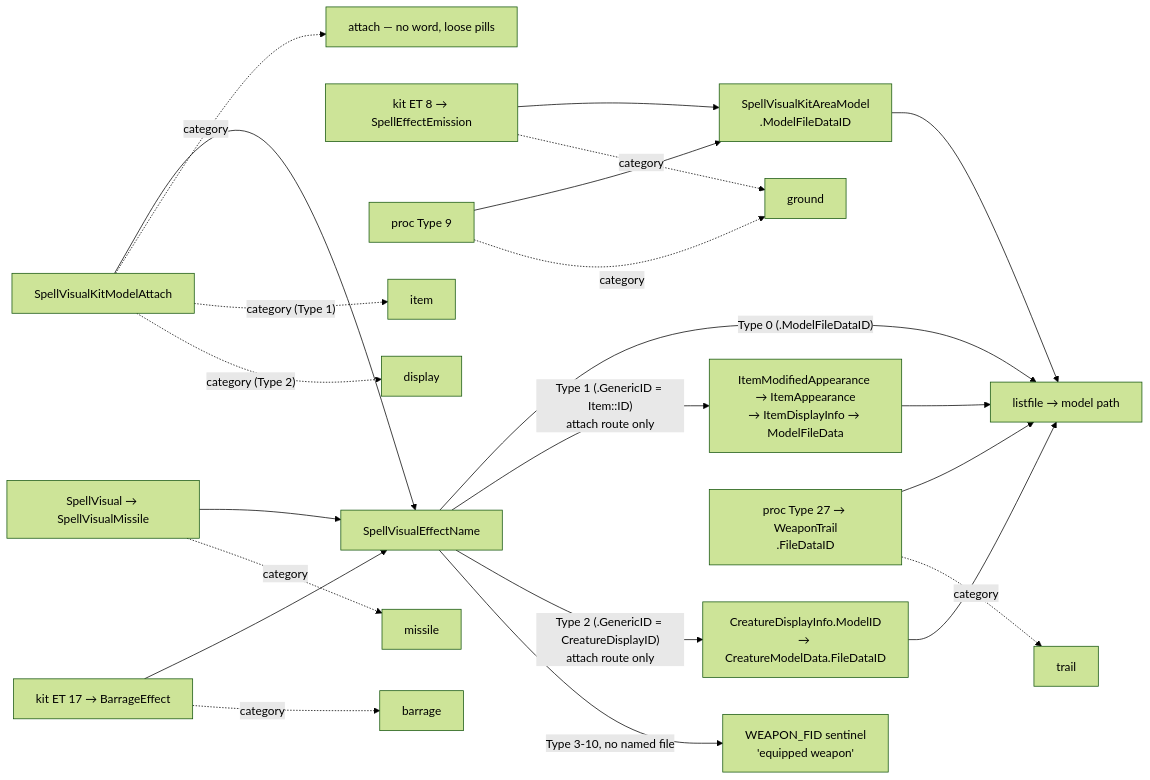
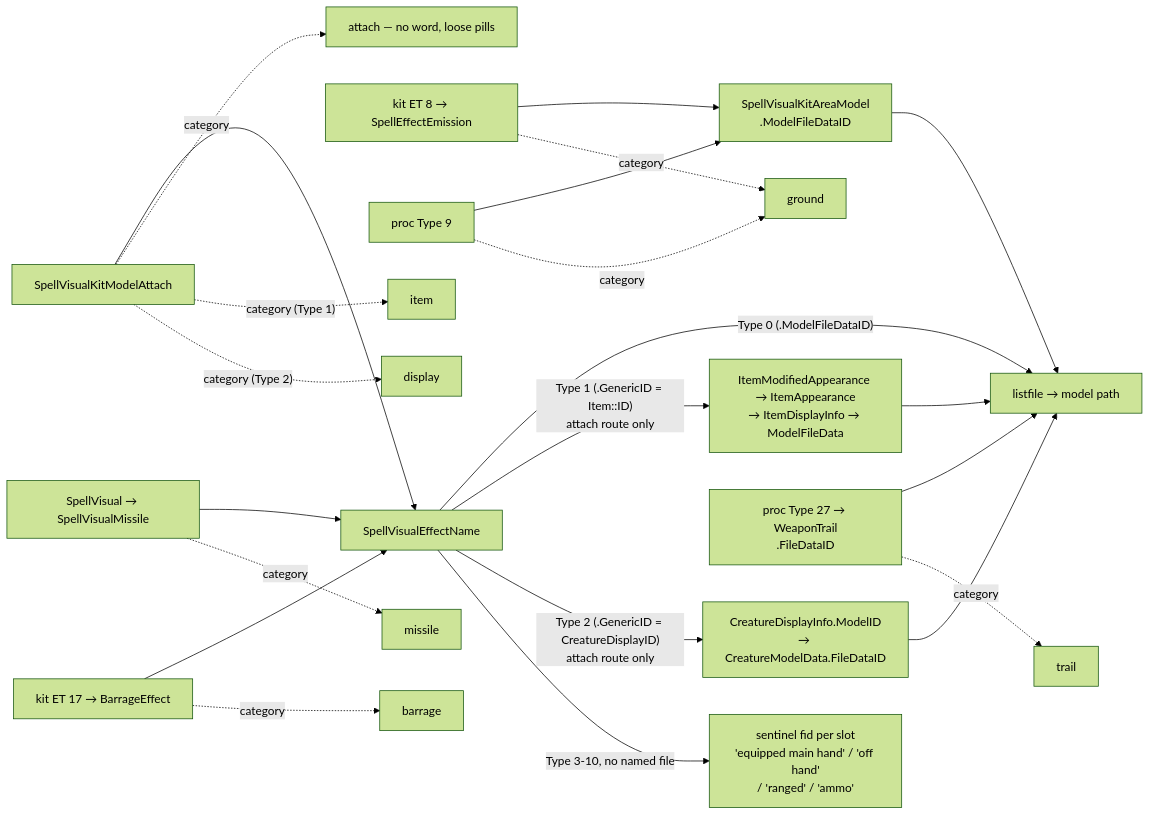
The fifth of 14 diagrams in DATA_ROUTES.md (Natans8/Epsilook), drawn with Mermaid (forest theme) before and after one commit. The commit also changed other lines of this file and 15 other files, not shown here.

First line of the commit message:
Name the equipped-weapon marker by weapon slot

````diff
--- a/DATA_ROUTES.md
+++ b/DATA_ROUTES.md
@@ -273,28 +273,28 @@
 ```mermaid
 flowchart LR
   A1["SpellVisualKitModelAttach"] --> EN["SpellVisualEffectName"]
   M1["SpellVisual → SpellVisualMissile"] --> EN
   E17["kit ET 17 → BarrageEffect"] --> EN
 
   EN -->|"Type 0 (.ModelFileDataID)"| LF["listfile → model path"]
   EN -->|"Type 1 (.GenericID = Item::ID)<br/>attach route only"| ITM["ItemModifiedAppearance → ItemAppearance<br/>→ ItemDisplayInfo → ModelFileData"]
   ITM --> LF
   EN -->|"Type 2 (.GenericID = CreatureDisplayID)<br/>attach route only"| CDI["CreatureDisplayInfo.ModelID<br/>→ CreatureModelData.FileDataID"]
   CDI --> LF
-  EN -->|"Type 3-10, no named file"| WPN["WEAPON_FID sentinel<br/>'equipped weapon'"]
+  EN -->|"Type 3-10, no named file"| WPN["sentinel fid per slot<br/>'equipped main hand' / 'off hand'<br/>/ 'ranged' / 'ammo'"]
 
   E8["kit ET 8 → SpellEffectEmission"] --> AM["SpellVisualKitAreaModel<br/>.ModelFileDataID"]
   P9["proc Type 9"] --> AM
 
   P27["proc Type 27 → WeaponTrail<br/>.FileDataID"] --> LF
   AM --> LF
 
   A1 -.->|"category"| C0["attach — no word, loose pills"]
   A1 -.->|"category (Type 1)"| C6["item"]
   A1 -.->|"category (Type 2)"| C5["display"]
   M1 -.->|"category"| C1["missile"]
   E17 -.->|"category"| C4["barrage"]
   E8 -.->|"category"| C2["ground"]
   P9 -.->|"category"| C2
   P27 -.->|"category"| C3["trail"]
 ```
````
